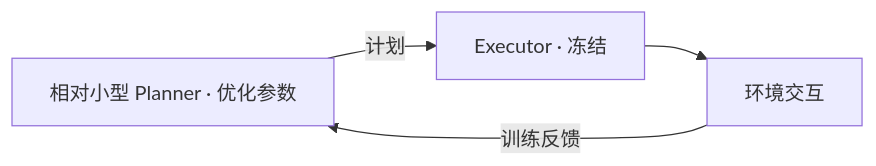
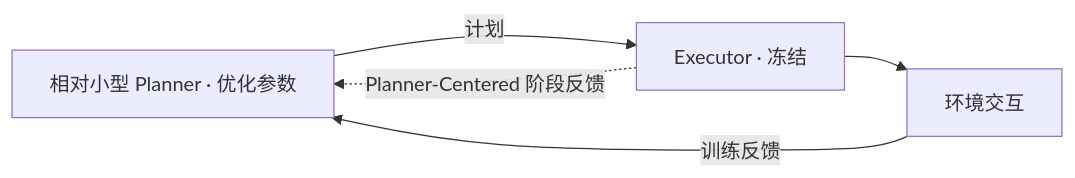
Before and after one commit to anxi710/plan-execute-optimization: the diagram in README.md, drawn with Mermaid. The commit also changed other lines of this file and 14 other files, not shown here.

````diff
--- a/README.md
+++ b/README.md
@@ -11,6 +11,7 @@
 ```mermaid
 flowchart LR
   P["相对小型 Planner · 优化参数"] -->|计划| E["Executor · 冻结"]
   E --> T["环境交互"]
   T -->|训练反馈| P
+  E -.->|Planner-Centered 阶段反馈| P
 ```
````
